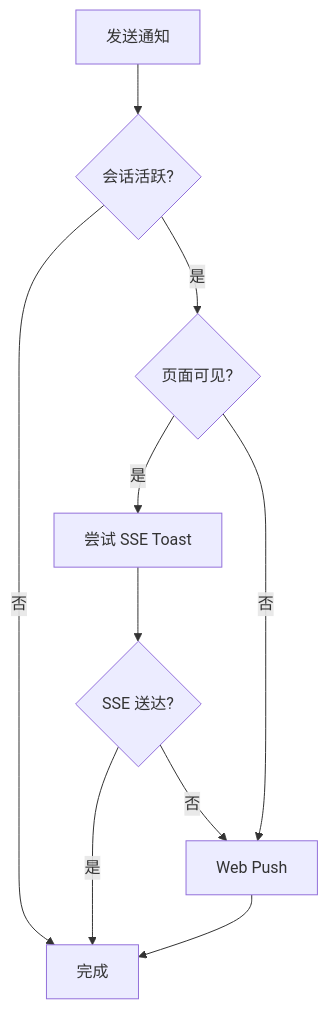
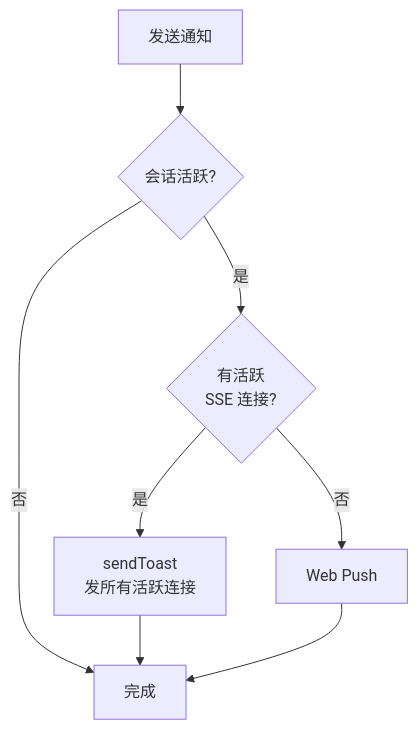
The second of 4 diagrams in docs/architecture/hub/push/notification-channel.md (ModuBit/mobi), drawn with Mermaid before and after one commit. The commit also changed other lines of this file and 6 other files, not shown here.

````diff
--- a/docs/architecture/hub/push/notification-channel.md
+++ b/docs/architecture/hub/push/notification-channel.md
@@ -28,20 +29,17 @@
 ```mermaid
 flowchart TB
     send[发送通知]
     active{会话活跃?}
-    visible{页面可见?}
-    sse[尝试 SSE Toast]
-    delivered{SSE 送达?}
+    connected{有活跃<br/>SSE 连接?}
+    sse[sendToast<br/>发所有活跃连接]
     push[Web Push]
     done[完成]
 
     send --> active
     active -->|否| done
-    active -->|是| visible
-    visible -->|是| sse
-    visible -->|否| push
-    sse --> delivered
-    delivered -->|是| done
-    delivered -->|否| push
+    active -->|是| connected
+    connected -->|是| sse
+    connected -->|否| push
+    sse --> done
     push --> done
 ```
````
